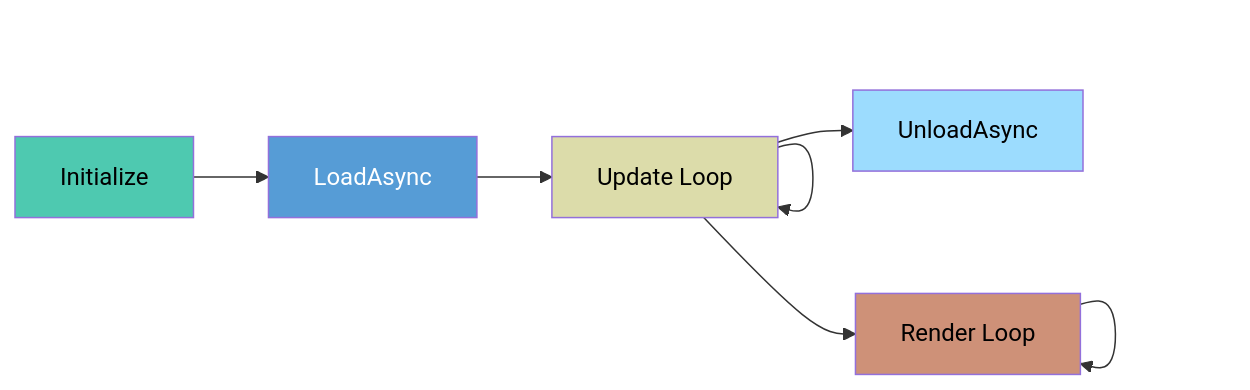
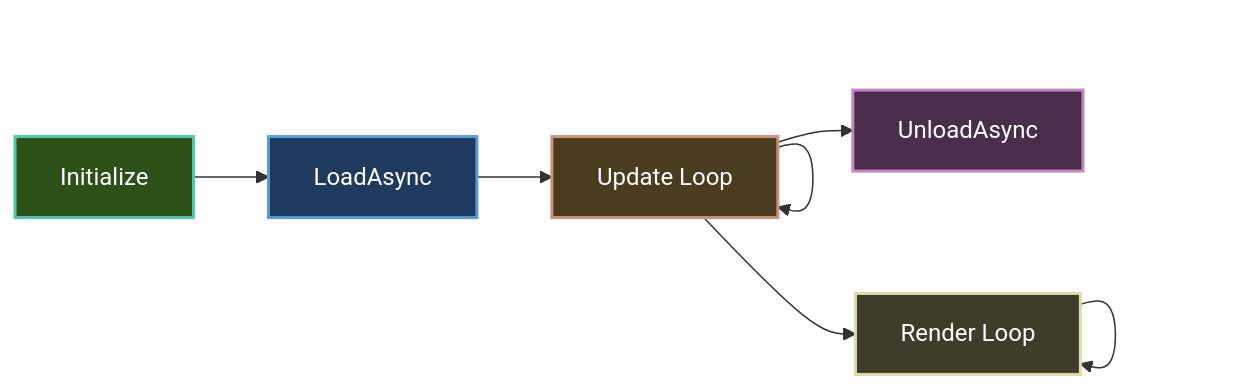
One commit to CrazyPickleStudios/Brine2D-Documentation changed the second of 4 diagrams in docs/concepts/index.md. Above: the diagram before and after it, drawn with Mermaid. The commit also changed other lines of this file and 9 other files, not shown here.

````diff
--- a/docs/concepts/index.md
+++ b/docs/concepts/index.md
@@ -137,15 +142,15 @@
 ```mermaid
 graph LR
     A["Initialize"] --> B["LoadAsync"]
     B --> C["Update Loop"]
     C --> D["Render Loop"]
     C --> C
     D --> D
     C --> E["UnloadAsync"]
-    
-    style A fill:#4ec9b0,color:#000
-    style B fill:#569cd6,color:#fff
-    style C fill:#dcdcaa,color:#000
-    style D fill:#ce9178,color:#000
-    style E fill:#9cdcfe,color:#000
+
+    style A fill:#2d5016,stroke:#4ec9b0,stroke-width:2px,color:#fff
+style B fill:#1e3a5f,stroke:#569cd6,stroke-width:2px,color:#fff
+style C fill:#4a3d1f,stroke:#ce9178,stroke-width:2px,color:#fff
+style D fill:#3d3d2a,stroke:#dcdcaa,stroke-width:2px,color:#fff
+style E fill:#4a2d4a,stroke:#c586c0,stroke-width:2px,color:#fff
 ```
````
